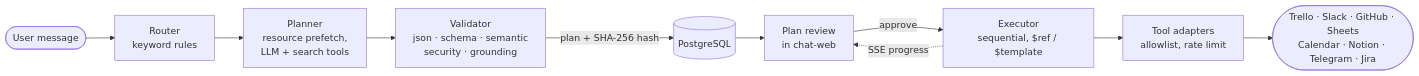
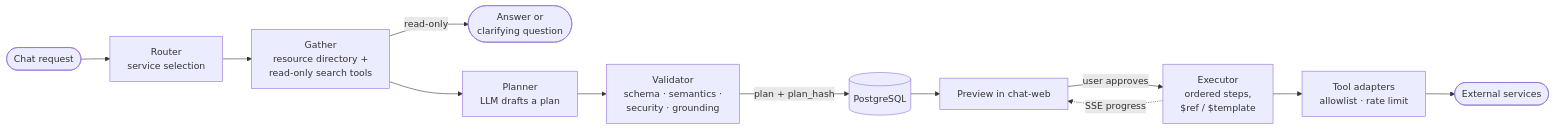
One commit to VinhDat267/ATI_Project changed the diagram in README.md. Above: the diagram before and after it, drawn with Mermaid. The commit also changed other lines of this file and 67 other files, not shown here.

````diff
--- a/README.md
+++ b/README.md
@@ -35,12 +96,14 @@
 ```mermaid
 flowchart LR
-  U([User message]) --> R[Router<br/>keyword rules]
-  R --> P[Planner<br/>resource prefetch,<br/>LLM + search tools]
-  P --> V[Validator<br/>json · schema · semantic<br/>security · grounding]
-  V -->|plan + SHA-256 hash| DB[(PostgreSQL)]
-  DB --> W[Plan review<br/>in chat-web]
-  W -->|approve| E[Executor<br/>sequential, $ref / $template]
-  E --> A[Tool adapters<br/>allowlist, rate limit]
-  A --> S([Trello · Slack · GitHub · Sheets<br/>Calendar · Notion · Telegram · Jira])
+  U([Chat request]) --> R[Router<br/>service selection]
+  R --> G[Gather<br/>resource directory +<br/>read-only search tools]
+  G -->|read-only| A([Answer or<br/>clarifying question])
+  G --> P[Planner<br/>LLM drafts a plan]
+  P --> V[Validator<br/>schema · semantics ·<br/>security · grounding]
+  V -->|plan + plan_hash| DB[(PostgreSQL)]
+  DB --> W[Preview in chat-web]
+  W -->|user approves| E[Executor<br/>ordered steps,<br/>$ref / $template]
+  E --> T[Tool adapters<br/>allowlist · rate limit]
+  T --> S([External services])
   E -.->|SSE progress| W
 ```
````
